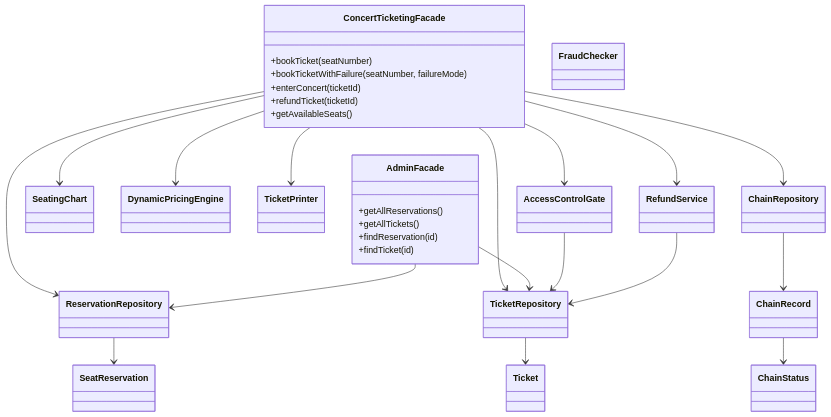
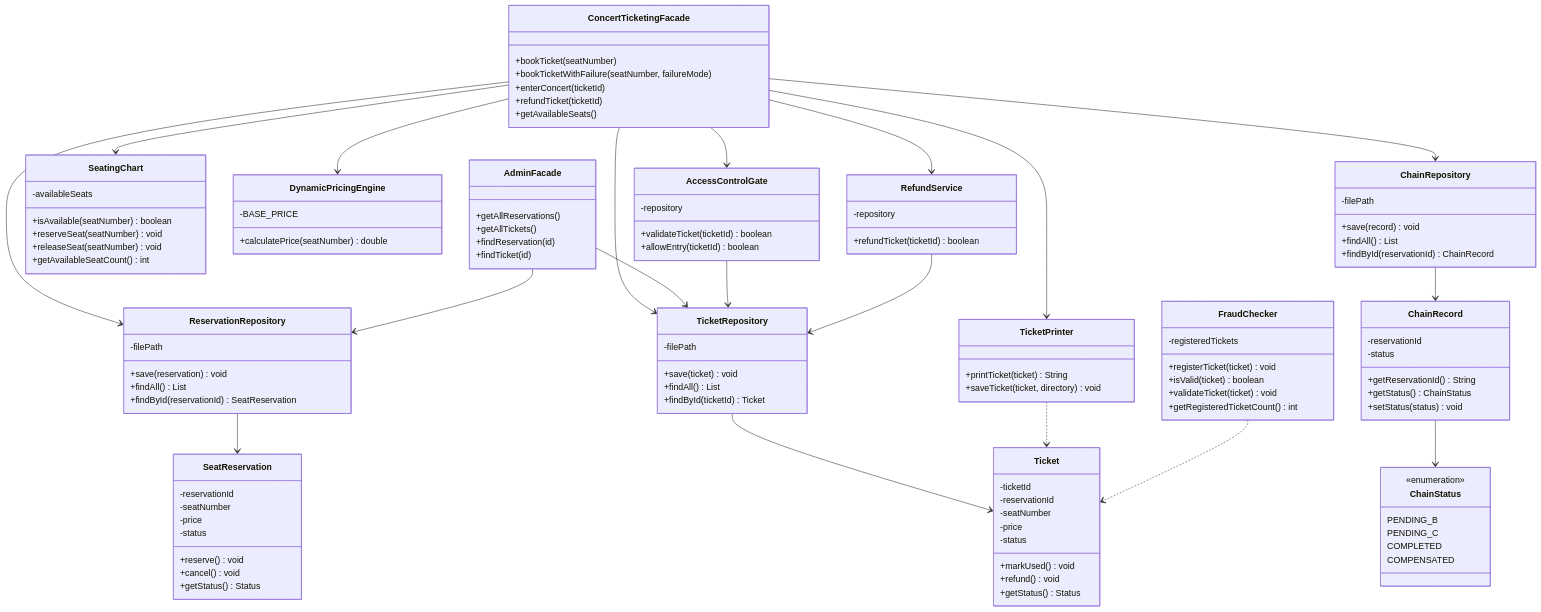
The diagram in README.md (gauarmuhamet-dot/ConcertTicketing-), drawn with Mermaid before and after one commit. The commit also changed other lines of this file, not shown here.

Commit message:
Update UML class diagram

````diff
--- a/README.md
+++ b/README.md
@@ -296,22 +295,100 @@
         +findTicket(id)
     }
 
-    class SeatingChart
-    class DynamicPricingEngine
-    class SeatReservation
-    class ReservationRepository
+    class SeatingChart {
+        -availableSeats
+        +isAvailable(seatNumber) boolean
+        +reserveSeat(seatNumber) void
+        +releaseSeat(seatNumber) void
+        +getAvailableSeatCount() int
+    }
 
-    class Ticket
-    class TicketRepository
-    class TicketPrinter
-    class FraudChecker
+    class DynamicPricingEngine {
+        -BASE_PRICE
+        +calculatePrice(seatNumber) double
+    }
 
-    class AccessControlGate
-    class RefundService
+    class SeatReservation {
+        -reservationId
+        -seatNumber
+        -price
+        -status
+        +reserve() void
+        +cancel() void
+        +getStatus() Status
+    }
 
-    class ChainRecord
-    class ChainRepository
-    class ChainStatus
+    class ReservationRepository {
+        -filePath
+        +save(reservation) void
+        +findAll() List
+        +findById(reservationId) SeatReservation
+    }
+
+    class Ticket {
+        -ticketId
+        -reservationId
+        -seatNumber
+        -price
+        -status
+        +markUsed() void
+        +refund() void
+        +getStatus() Status
+    }
+
+    class TicketRepository {
+        -filePath
+        +save(ticket) void
+        +findAll() List
+        +findById(ticketId) Ticket
+    }
+
+    class TicketPrinter {
+        +printTicket(ticket) String
+        +saveTicket(ticket, directory) void
+    }
+
+    class FraudChecker {
+        -registeredTickets
+        +registerTicket(ticket) void
+        +isValid(ticket) boolean
+        +validateTicket(ticket) void
+        +getRegisteredTicketCount() int
+    }
+
+    class AccessControlGate {
+        -repository
+        +validateTicket(ticketId) boolean
+        +allowEntry(ticketId) boolean
+    }
+
+    class RefundService {
+        -repository
+        +refundTicket(ticketId) boolean
+    }
+
+    class ChainRecord {
+        -reservationId
+        -status
+        +getReservationId() String
+        +getStatus() ChainStatus
+        +setStatus(status) void
+    }
+
+    class ChainRepository {
+        -filePath
+        +save(record) void
+        +findAll() List
+        +findById(reservationId) ChainRecord
+    }
+
+    class ChainStatus {
+        <<enumeration>>
+        PENDING_B
+        PENDING_C
+        COMPLETED
+        COMPENSATED
+    }
 
     ConcertTicketingFacade --> SeatingChart
     ConcertTicketingFacade --> DynamicPricingEngine
@@ -331,4 +408,6 @@
     ChainRecord --> ChainStatus
     AccessControlGate --> TicketRepository
     RefundService --> TicketRepository
+    TicketPrinter ..> Ticket
+    FraudChecker ..> Ticket
 ```
````
